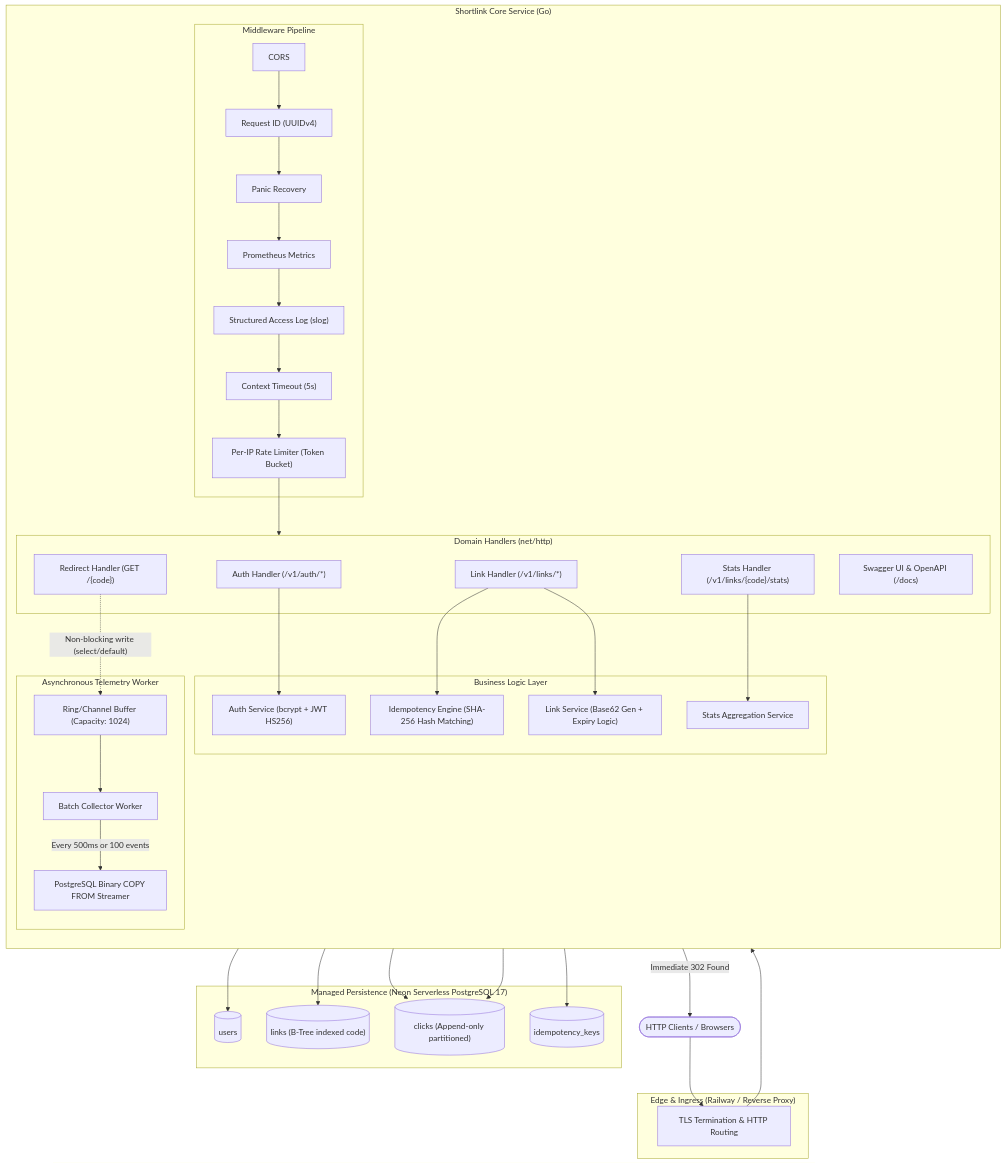
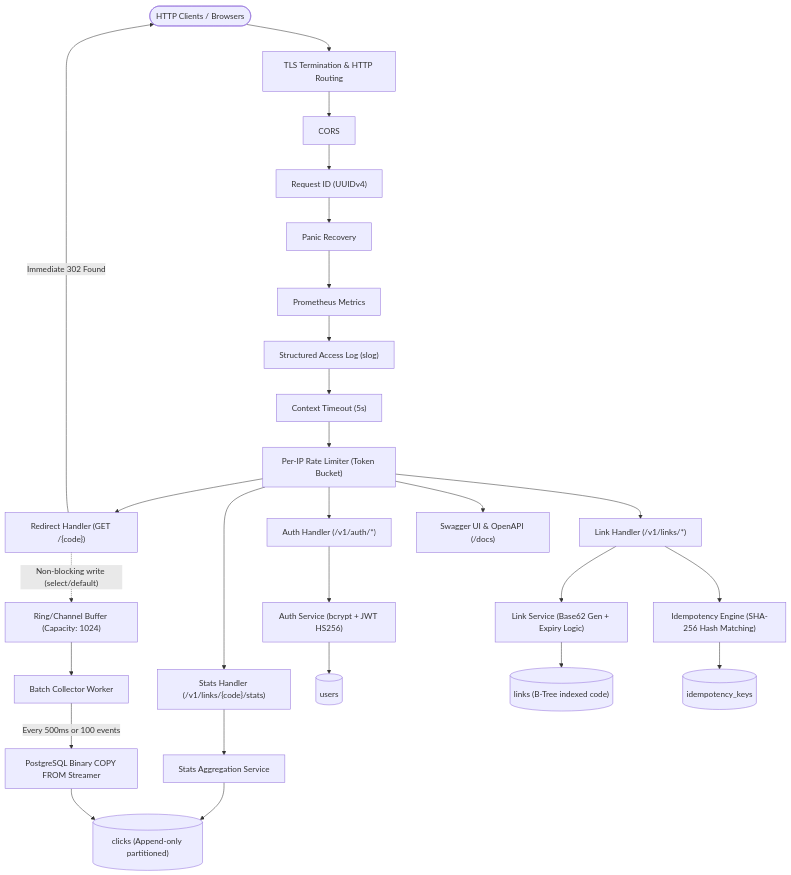
The diagram in README.md (kyyril/shortlink), drawn with Mermaid before and after one commit. The commit also changed other lines of this file, not shown here.

````diff
--- a/README.md
+++ b/README.md
@@ -28,65 +28,56 @@
 ```mermaid
 flowchart TD
     Client(["HTTP Clients / Browsers"])
 
-    subgraph Edge ["Edge & Ingress (Railway / Reverse Proxy)"]
-        Ingress["TLS Termination & HTTP Routing"]
-    end
+    %% Edge & Ingress
+    Ingress["TLS Termination & HTTP Routing"]
 
-    subgraph App ["Shortlink Core Service (Go)"]
-        direction TB
-        
-        subgraph MiddlewareChain ["Middleware Pipeline"]
-            MW_CORS["CORS"]
-            MW_ReqID["Request ID (UUIDv4)"]
-            MW_Recov["Panic Recovery"]
-            MW_Metrics["Prometheus Metrics"]
-            MW_Log["Structured Access Log (slog)"]
-            MW_Timeout["Context Timeout (5s)"]
-            MW_Rate["Per-IP Rate Limiter (Token Bucket)"]
-        end
+    %% Middleware Pipeline
+    MW_CORS["CORS"]
+    MW_ReqID["Request ID (UUIDv4)"]
+    MW_Recov["Panic Recovery"]
+    MW_Metrics["Prometheus Metrics"]
+    MW_Log["Structured Access Log (slog)"]
+    MW_Timeout["Context Timeout (5s)"]
+    MW_Rate["Per-IP Rate Limiter (Token Bucket)"]
 
-        subgraph Handlers ["Domain Handlers (net/http)"]
-            H_Auth["Auth Handler (/v1/auth/*)"]
-            H_Link["Link Handler (/v1/links/*)"]
-            H_Redir["Redirect Handler (GET /{code})"]
-            H_Stats["Stats Handler (/v1/links/{code}/stats)"]
-            H_Docs["Swagger UI & OpenAPI (/docs)"]
-        end
+    %% Domain Handlers
+    H_Auth["Auth Handler (/v1/auth/*)"]
+    H_Link["Link Handler (/v1/links/*)"]
+    H_Redir["Redirect Handler (GET /{code})"]
+    H_Stats["Stats Handler (/v1/links/{code}/stats)"]
+    H_Docs["Swagger UI & OpenAPI (/docs)"]
 
-        subgraph CoreServices ["Business Logic Layer"]
-            S_Auth["Auth Service (bcrypt + JWT HS256)"]
-            S_Link["Link Service (Base62 Gen + Expiry Logic)"]
-            S_Stats["Stats Aggregation Service"]
-            S_Idem["Idempotency Engine (SHA-256 Hash Matching)"]
-        end
+    %% Business Logic Layer
+    S_Auth["Auth Service (bcrypt + JWT HS256)"]
+    S_Link["Link Service (Base62 Gen + Expiry Logic)"]
+    S_Stats["Stats Aggregation Service"]
+    S_Idem["Idempotency Engine (SHA-256 Hash Matching)"]
 
-        subgraph AsyncWorker ["Asynchronous Telemetry Worker"]
-            Channel["Ring/Channel Buffer (Capacity: 1024)"]
-            BatchWorker["Batch Collector Worker"]
-            CopyFrom["PostgreSQL Binary COPY FROM Streamer"]
-        end
-    end
+    %% Asynchronous Telemetry Worker
+    Channel["Ring/Channel Buffer (Capacity: 1024)"]
+    BatchWorker["Batch Collector Worker"]
+    CopyFrom["PostgreSQL Binary COPY FROM Streamer"]
 
-    subgraph Storage ["Managed Persistence (Neon Serverless PostgreSQL 17)"]
-        DB_Users[("users")]
-        DB_Links[("links (B-Tree indexed code)")]
-        DB_Clicks[("clicks (Append-only partitioned)")]
-        DB_Idem[("idempotency_keys")]
-    end
+    %% Persistence
+    DB_Users[("users")]
+    DB_Links[("links (B-Tree indexed code)")]
+    DB_Clicks[("clicks (Append-only partitioned)")]
+    DB_Idem[("idempotency_keys")]
 
+    %% Flow Connections
     Client --> Ingress
     Ingress --> MW_CORS --> MW_ReqID --> MW_Recov --> MW_Metrics --> MW_Log --> MW_Timeout --> MW_Rate
-    MW_Rate --> Handlers
+    MW_Rate --> H_Auth & H_Link & H_Redir & H_Stats & H_Docs
 
     H_Auth --> S_Auth --> DB_Users
     H_Link --> S_Idem --> DB_Idem
     H_Link --> S_Link --> DB_Links
     H_Stats --> S_Stats --> DB_Clicks
 
     H_Redir -. "Non-blocking write (select/default)" .-> Channel
     H_Redir -- "Immediate 302 Found" --> Client
 
     Channel --> BatchWorker
     BatchWorker -- "Every 500ms or 100 events" --> CopyFrom --> DB_Clicks
 ```
````
